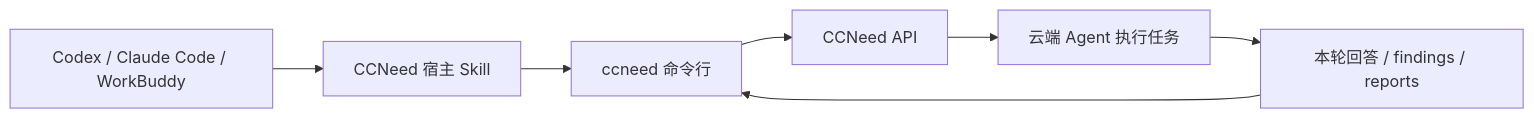
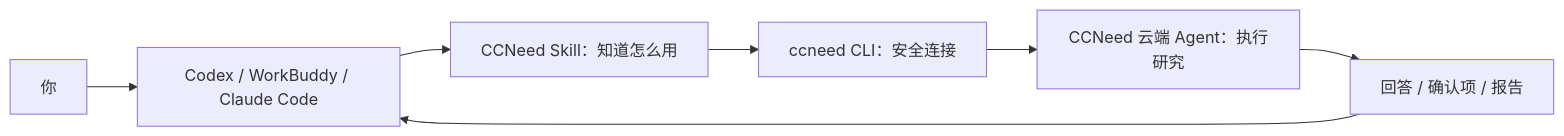
Before and after one commit to validflow/ccneed-cli: the first of 2 diagrams in README.md, drawn with Mermaid. The commit also changed other lines of this file and 75 other files, not shown here.

First line of the commit message:
feat(cli): complete cloud integration lifecycle (CCN-1142)

````diff
--- a/README.md
+++ b/README.md
@@ -9,9 +29,9 @@
 ```mermaid
 flowchart LR
-    A[Codex / Claude Code / WorkBuddy] --> S[CCNeed 宿主 Skill]
-    S --> C[ccneed 命令行]
-    C --> API[CCNeed API]
-    API --> R[云端 Agent 执行任务]
-    R --> O[本轮回答 / findings / reports]
-    O --> C
+    You[你] --> Host[Codex / WorkBuddy / Claude Code]
+    Host --> Skill[CCNeed Skill：知道怎么用]
+    Skill --> CLI[ccneed CLI：安全连接]
+    CLI --> Cloud[CCNeed 云端 Agent：执行研究]
+    Cloud --> Output[回答 / 确认项 / 报告]
+    Output --> Host
 ```
````
